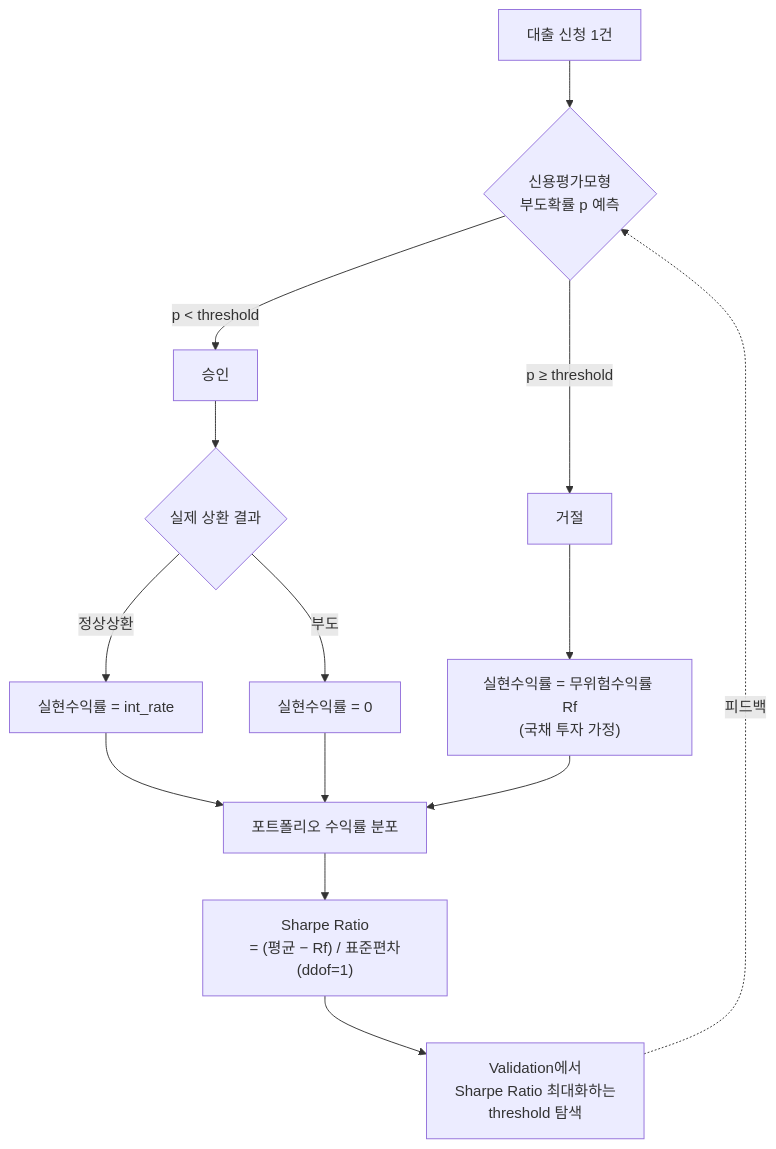
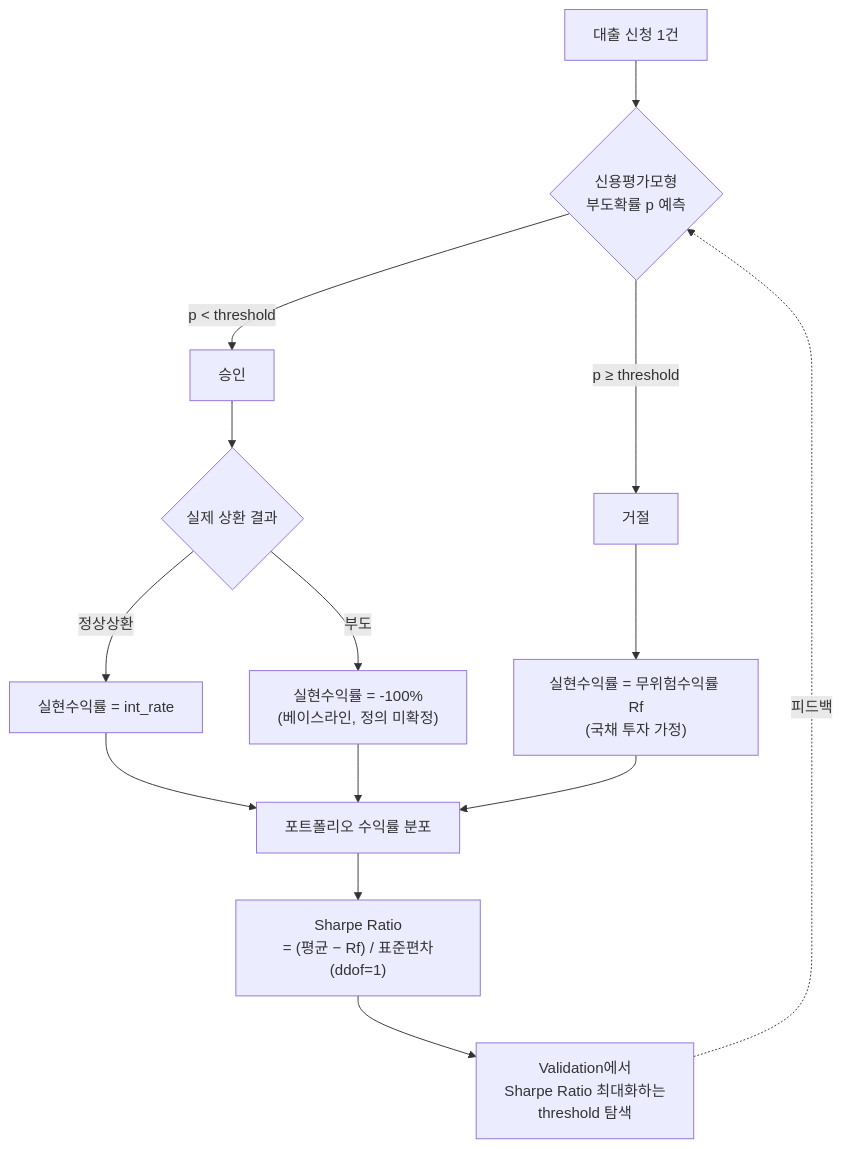
One commit to SNU-ABS-13-Team-1/Lending-Club-Team-Project changed the second of 2 diagrams in docs/architecture.md. Above: the diagram before and after it, drawn with Mermaid. The commit also changed other lines of this file and 4 other files, not shown here.

````diff
--- a/docs/architecture.md
+++ b/docs/architecture.md
@@ -88,20 +88,20 @@
 ```mermaid
 graph TD
     L["대출 신청 1건"] --> M{"신용평가모형<br/>부도확률 p 예측"}
     M -->|"p < threshold"| APP["승인"]
     M -->|"p ≥ threshold"| REJ["거절"]
 
     APP --> R1{"실제 상환 결과"}
     R1 -->|"정상상환"| RET1["실현수익률 = int_rate"]
-    R1 -->|"부도"| RET2["실현수익률 = 0"]
+    R1 -->|"부도"| RET2["실현수익률 = -100%<br/>(베이스라인, 정의 미확정)"]
 
     REJ --> RET3["실현수익률 = 무위험수익률 Rf<br/>(국채 투자 가정)"]
 
     RET1 --> PORT["포트폴리오 수익률 분포"]
     RET2 --> PORT
     RET3 --> PORT
 
     PORT --> SR["Sharpe Ratio<br/>= (평균 − Rf) / 표준편차(ddof=1)"]
     SR --> TH["Validation에서<br/>Sharpe Ratio 최대화하는<br/>threshold 탐색"]
     TH -.피드백.-> M
 ```
````
